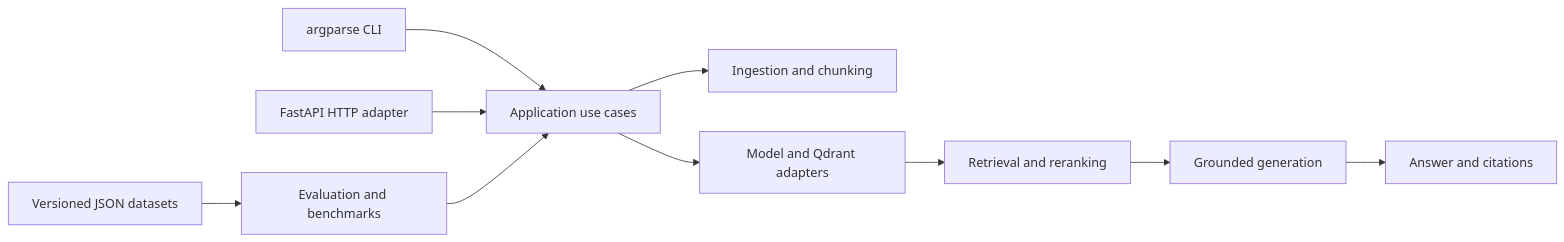
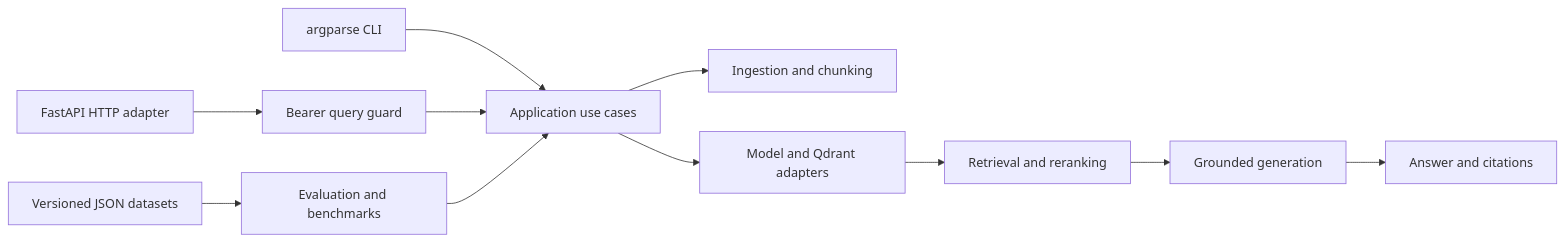
The diagram in TECHNICAL_MANUAL.md (Mojobra/rag-pipeline), drawn with Mermaid before and after one commit. The commit also changed other lines of this file and 10 other files, not shown here.

Commit message:
feat(api): require bearer authentication for queries

````diff
--- a/TECHNICAL_MANUAL.md
+++ b/TECHNICAL_MANUAL.md
@@ -173,12 +174,13 @@
 ```mermaid
 flowchart LR
     CLI["argparse CLI"] --> APP["Application use cases"]
-    API["FastAPI HTTP adapter"] --> APP
+    API["FastAPI HTTP adapter"] --> AUTH["Bearer query guard"]
+    AUTH --> APP
     APP --> ING["Ingestion and chunking"]
     APP --> INF["Model and Qdrant adapters"]
     INF --> RET["Retrieval and reranking"]
     RET --> GEN["Grounded generation"]
     DATA["Versioned JSON datasets"] --> EVAL["Evaluation and benchmarks"]
     EVAL --> APP
     GEN --> OUT["Answer and citations"]
 ```
````
